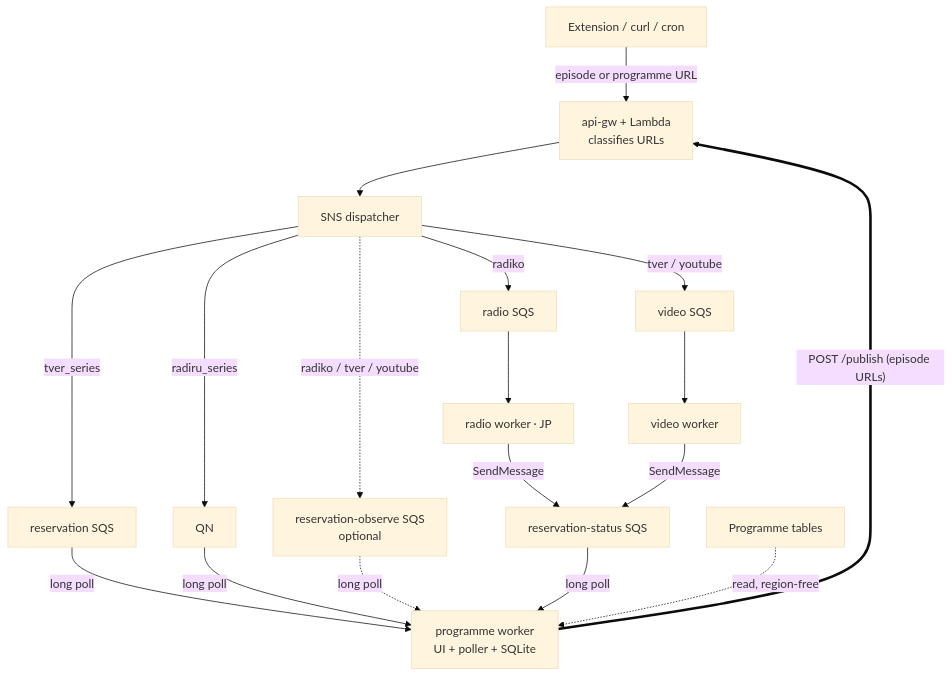
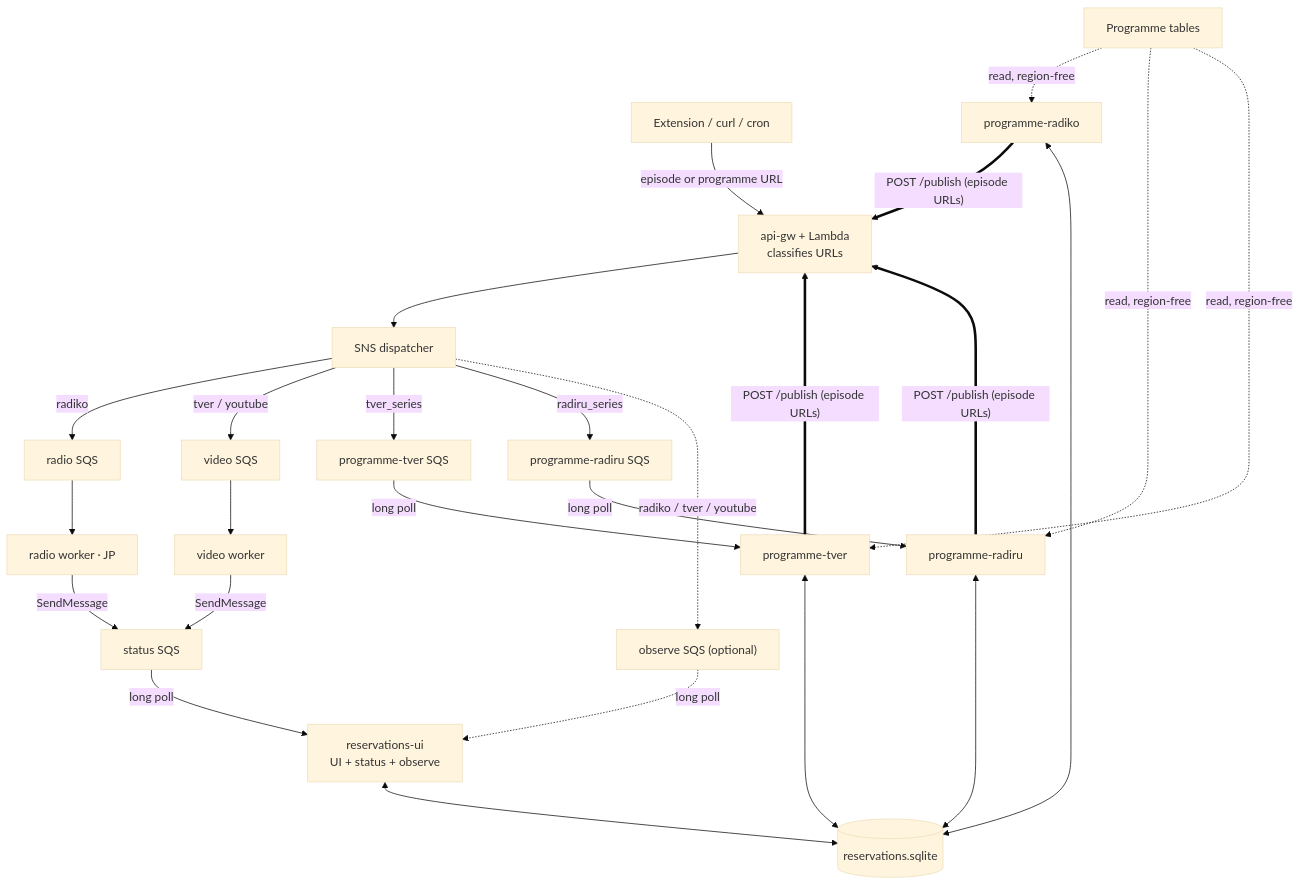
One commit to khirata/media-downloader changed the diagram in docs/RESERVATION_DESIGN.md. Above: the diagram before and after it, drawn with Mermaid (base theme). The commit also changed other lines of this file, not shown here.

````diff
--- a/docs/RESERVATION_DESIGN.md
+++ b/docs/RESERVATION_DESIGN.md
@@ -552,32 +559,39 @@
 ```mermaid
 graph TD
     EXT["Extension / curl / cron"]
-    RES["programme worker<br/>UI + poller + SQLite"]
+    R1["programme-radiko"]
+    R2["programme-radiru"]
+    R3["programme-tver"]
+    UI["reservations-ui<br/>UI + status + observe"]
+    DB[("reservations.sqlite")]
     API["api-gw + Lambda<br/>classifies URLs"]
     SNS["SNS dispatcher"]
     QR["radio SQS"]
     QV["video SQS"]
-    QP["reservation SQS"]
-    QO["reservation-observe SQS<br/>optional"]
-    QS["reservation-status SQS"]
+    QP["programme-tver SQS"]
+    QN["programme-radiru SQS"]
+    QO["observe SQS (optional)"]
+    QS["status SQS"]
     W1["radio worker · JP"]
     W2["video worker"]
     CAT["Programme tables"]
 
     EXT -->|"episode or programme URL"| API
     API --> SNS
     SNS -->|"radiko"| QR
     SNS -->|"tver / youtube"| QV
     SNS -->|"tver_series"| QP
     SNS -->|"radiru_series"| QN
     SNS -.->|"radiko / tver / youtube"| QO
     QR --> W1
     QV --> W2
-    QP -->|"long poll"| RES
-    QN -->|"long poll"| RES
-    QO -.->|"long poll"| RES
+    QP -->|"long poll"| R3
+    QN -->|"long poll"| R2
+    QO -.->|"long poll"| UI
     W1 & W2 -->|"SendMessage"| QS
-    QS -->|"long poll"| RES
-    CAT -.->|"read, region-free"| RES
-    RES ==>|"POST /publish (episode URLs)"| API
+    QS -->|"long poll"| UI
+    CAT -.->|"read, region-free"| R1 & R2 & R3
+    R1 & R2 & R3 ==>|"POST /publish (episode URLs)"| API
+    R1 & R2 & R3 <--> DB
+    UI <--> DB
 ```
````
